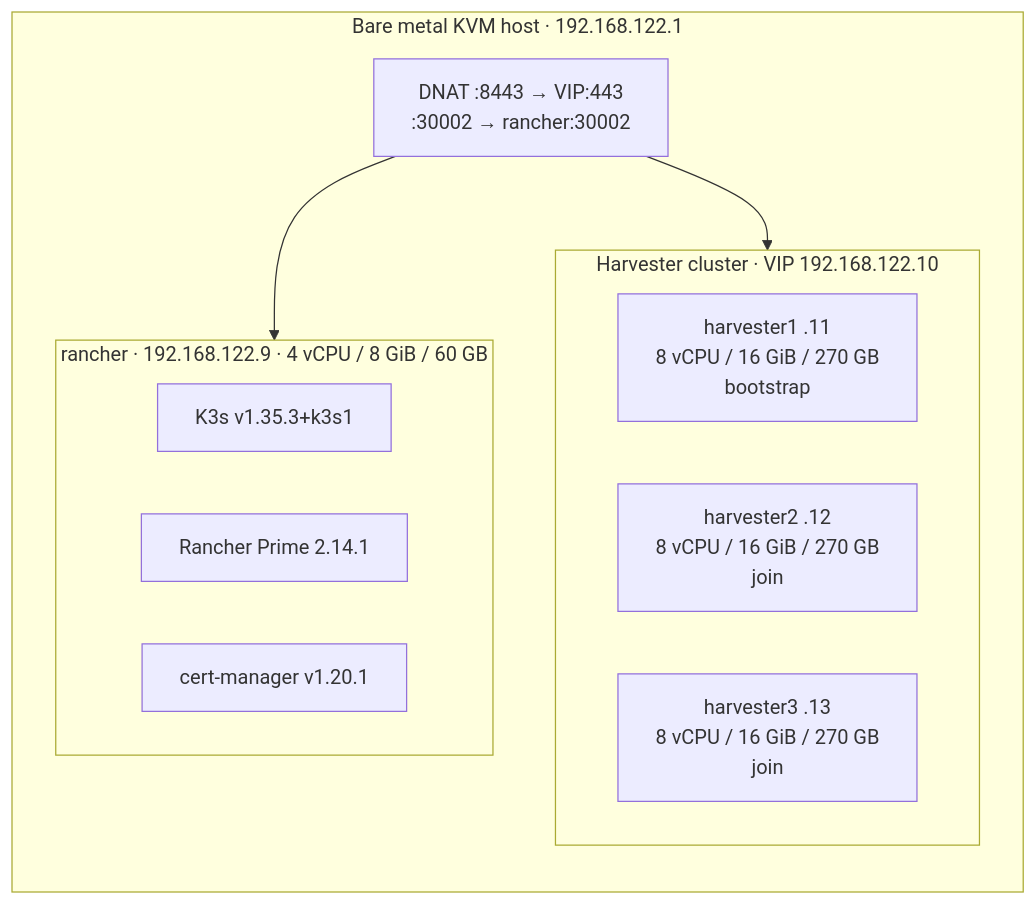
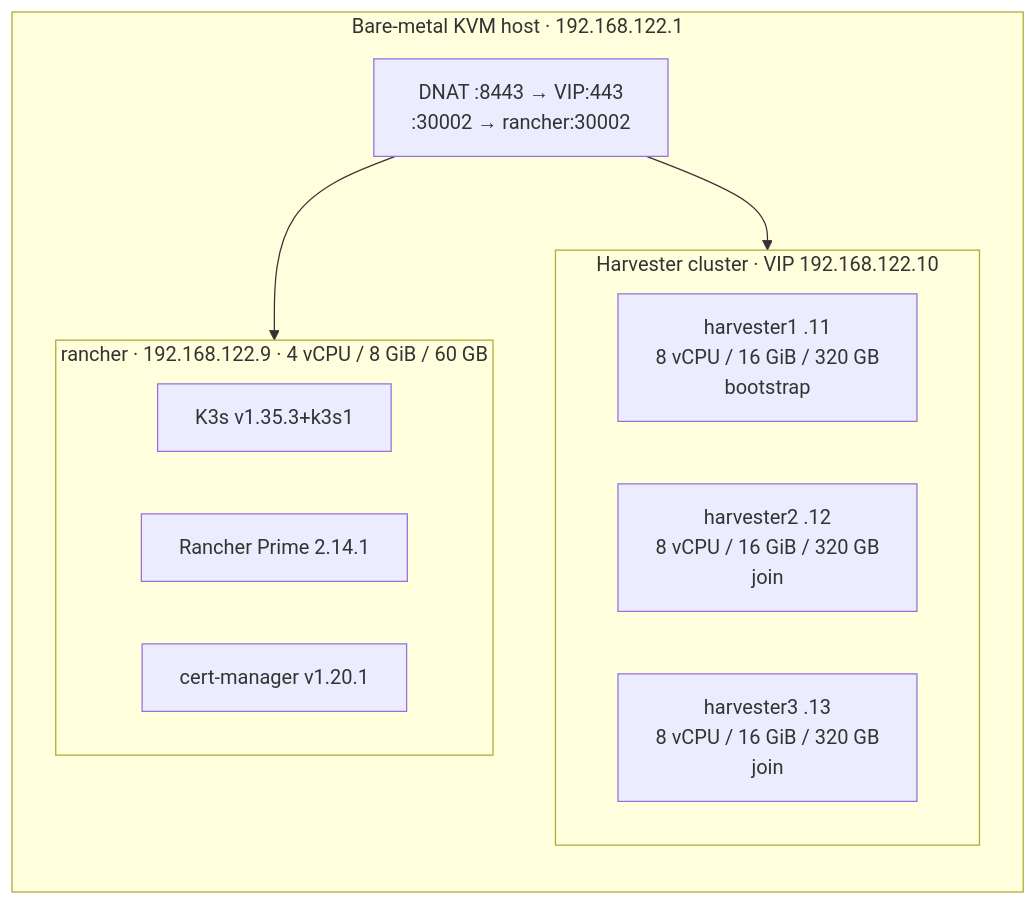
One commit to avaleror/suse-virt-workshop changed the first of 2 diagrams in docs/reference/lab-overview.md. Above: the diagram before and after it, drawn with Mermaid. The commit also changed other lines of this file and 24 other files, not shown here.

````diff
--- a/docs/reference/lab-overview.md
+++ b/docs/reference/lab-overview.md
@@ -11,24 +15,24 @@
 ```mermaid
 flowchart TB
-    subgraph HOST["  Bare metal KVM host  ·  192.168.122.1  "]
+    subgraph HOST["  Bare-metal KVM host  ·  192.168.122.1  "]
         direction TB
 
         subgraph HV["  Harvester cluster  ·  VIP 192.168.122.10  "]
             direction LR
-            H1["harvester1  .11\n8 vCPU / 16 GiB / 270 GB\nbootstrap"]
-            H2["harvester2  .12\n8 vCPU / 16 GiB / 270 GB\njoin"]
-            H3["harvester3  .13\n8 vCPU / 16 GiB / 270 GB\njoin"]
+            H1["harvester1  .11\n8 vCPU / 16 GiB / 320 GB\nbootstrap"]
+            H2["harvester2  .12\n8 vCPU / 16 GiB / 320 GB\njoin"]
+            H3["harvester3  .13\n8 vCPU / 16 GiB / 320 GB\njoin"]
         end
 
         subgraph RANCHER["  rancher  ·  192.168.122.9  ·  4 vCPU / 8 GiB / 60 GB  "]
             R1["K3s v1.35.3+k3s1"]
             R2["Rancher Prime 2.14.1"]
             R3["cert-manager v1.20.1"]
         end
 
         DNAT["DNAT  :8443 → VIP:443\n:30002 → rancher:30002"]
     end
 
     DNAT --> HV
     DNAT --> RANCHER
 ```
````
